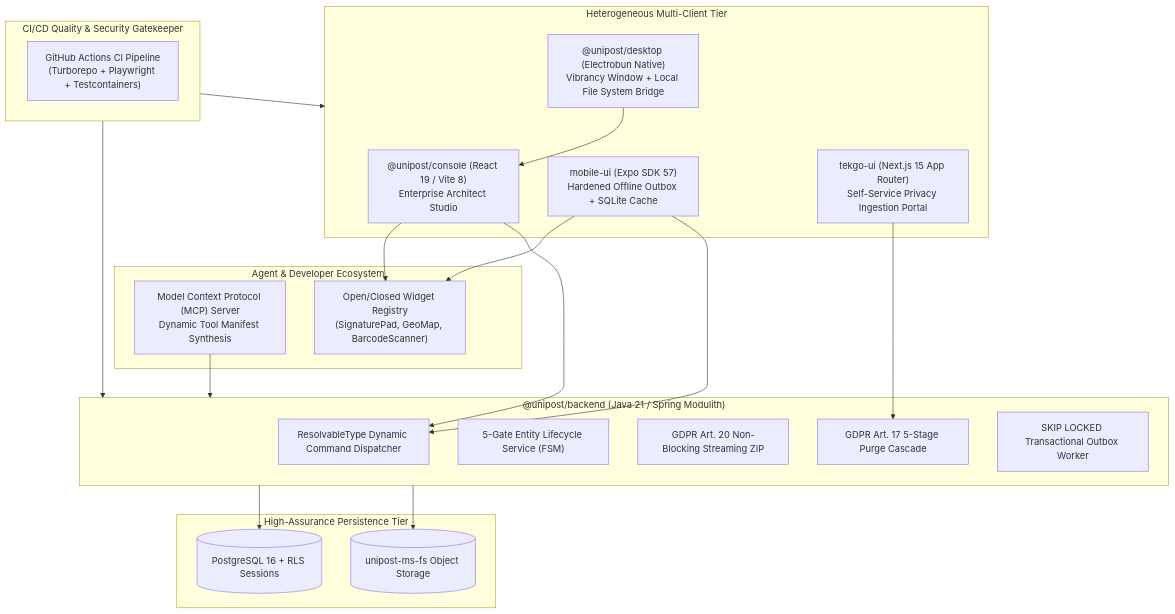
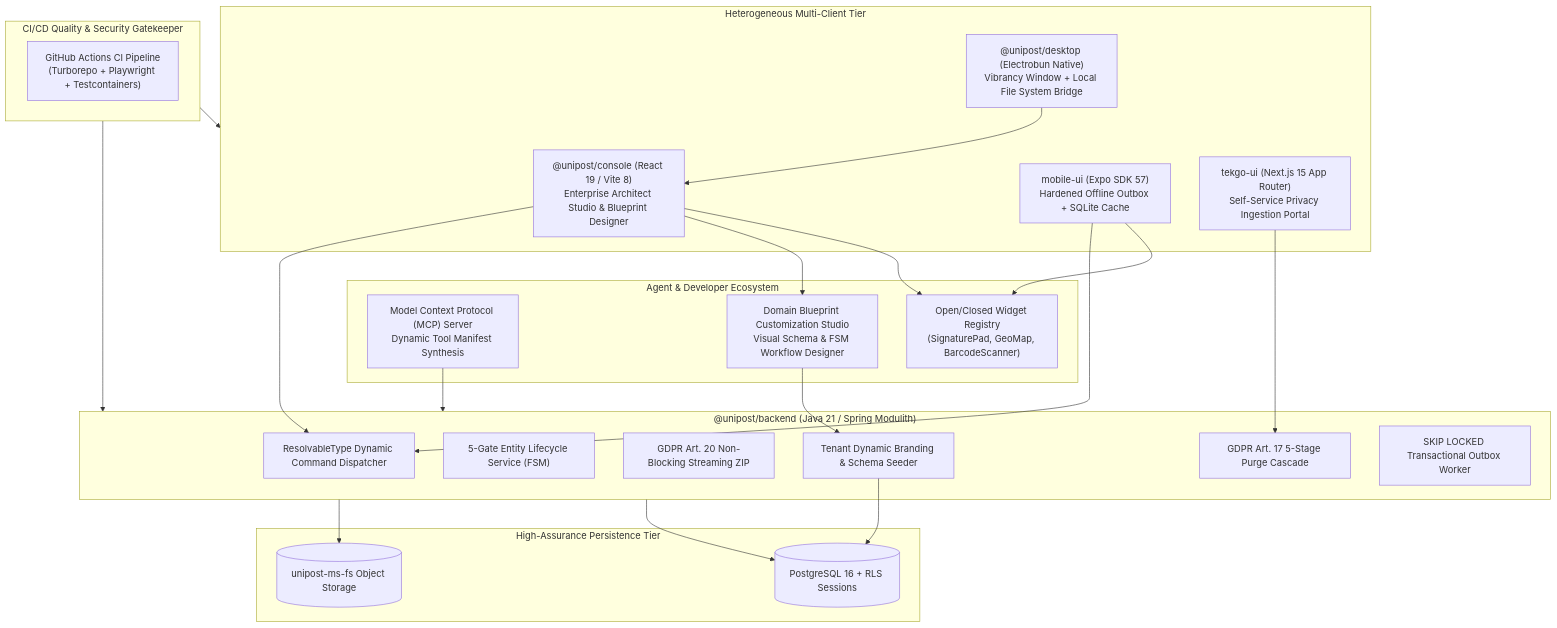
Before and after one commit to tamanle23/acc: the diagram in docs/brainstorming/integration_master_plan_iteration_2.md, drawn with Mermaid. The commit also changed other lines of this file, not shown here.

First line of the commit message:
[053] docs(architecture): include option 4 user and domain customization in iteration 2 plan

````diff
--- a/docs/brainstorming/integration_master_plan_iteration_2.md
+++ b/docs/brainstorming/integration_master_plan_iteration_2.md
@@ -27,43 +28,48 @@
 ```mermaid
 flowchart TD
     subgraph MultiClient["Heterogeneous Multi-Client Tier"]
-        Console["@unipost/console (React 19 / Vite 8)<br/>Enterprise Architect Studio"]
+        Console["@unipost/console (React 19 / Vite 8)<br/>Enterprise Architect Studio & Blueprint Designer"]
         Desktop["@unipost/desktop (Electrobun Native)<br/>Vibrancy Window + Local File System Bridge"]
         Mobile["mobile-ui (Expo SDK 57)<br/>Hardened Offline Outbox + SQLite Cache"]
         Tekgo["tekgo-ui (Next.js 15 App Router)<br/>Self-Service Privacy Ingestion Portal"]
     end
 
     subgraph AutonomousAgents["Agent & Developer Ecosystem"]
         MCP["Model Context Protocol (MCP) Server<br/>Dynamic Tool Manifest Synthesis"]
         WidgetReg["Open/Closed Widget Registry<br/>(SignaturePad, GeoMap, BarcodeScanner)"]
+        DomainStudio["Domain Blueprint Customization Studio<br/>Visual Schema & FSM Workflow Designer"]
     end
 
     subgraph BackendCore["@unipost/backend (Java 21 / Spring Modulith)"]
         Dispatch["ResolvableType Dynamic Command Dispatcher"]
         FSM["5-Gate Entity Lifecycle Service (FSM)"]
         GDPR_Export["GDPR Art. 20 Non-Blocking Streaming ZIP"]
         GDPR_Purge["GDPR Art. 17 5-Stage Purge Cascade"]
+        TenantTheme["Tenant Dynamic Branding & Schema Seeder"]
         OutboxWorker["SKIP LOCKED Transactional Outbox Worker"]
     end
 
     subgraph Persistence["High-Assurance Persistence Tier"]
         Postgres[(PostgreSQL 16 + RLS Sessions)]
         S3[(unipost-ms-fs Object Storage)]
     end
 
     subgraph IndustrialCI["CI/CD Quality & Security Gatekeeper"]
         GHA["GitHub Actions CI Pipeline<br/>(Turborepo + Playwright + Testcontainers)"]
     end
 
     Console --> WidgetReg
+    Console --> DomainStudio
     Console --> Dispatch
     Desktop --> Console
     Mobile --> WidgetReg
     Mobile --> Dispatch
     Tekgo --> GDPR_Purge
+    DomainStudio --> TenantTheme
+    TenantTheme --> Postgres
     MCP --> BackendCore
     BackendCore --> Postgres
     BackendCore --> S3
     IndustrialCI --> BackendCore
     IndustrialCI --> MultiClient
 ```
````
